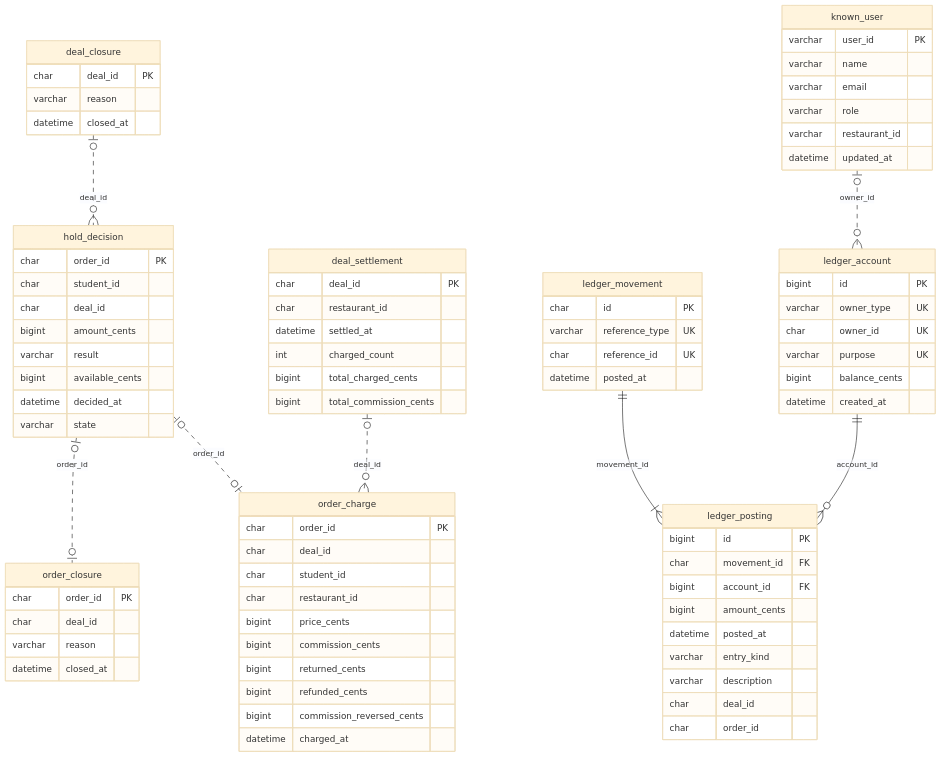
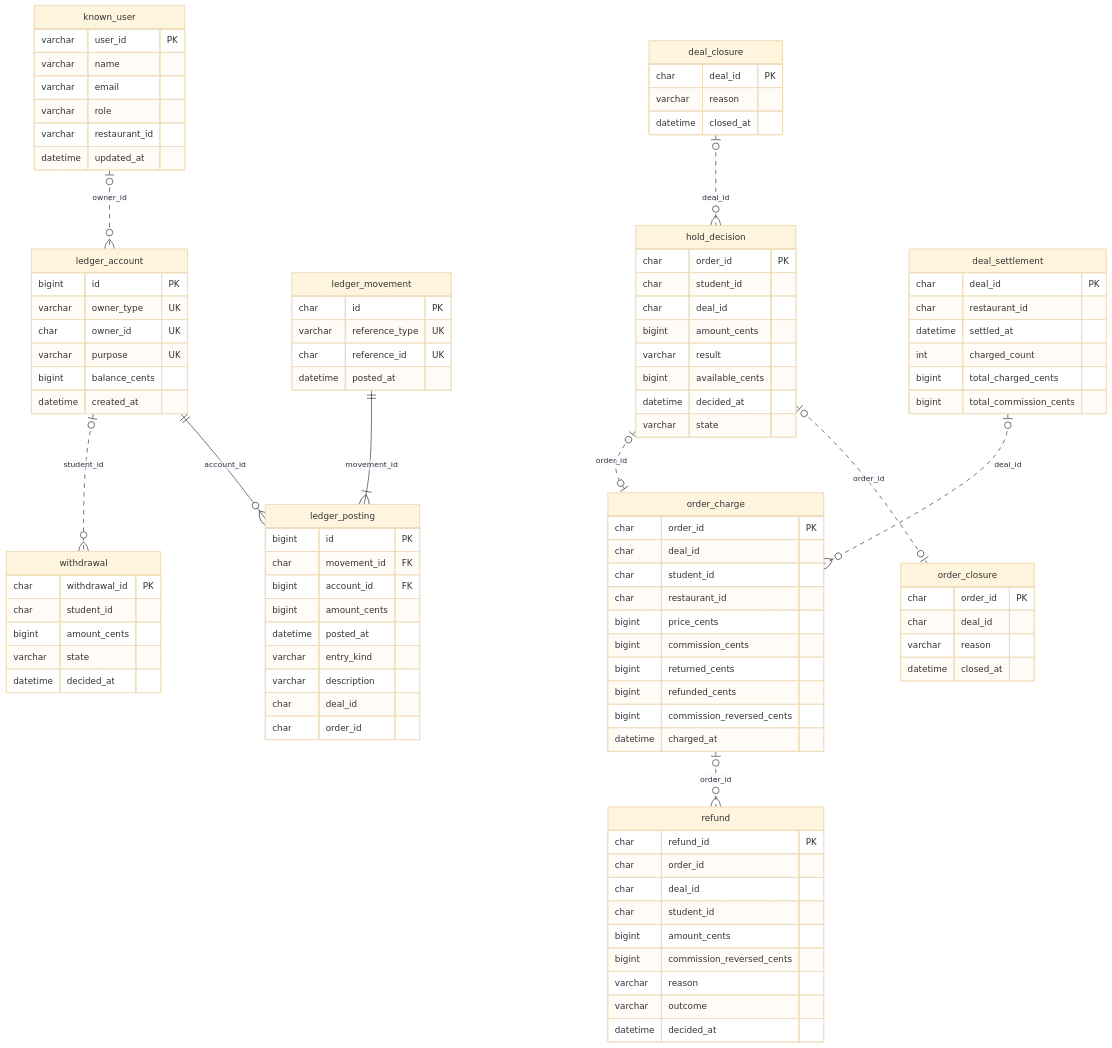
Before and after one commit to BaguetteJet/CSIS-Hackathon-2026: the first of 2 diagrams in docs/SCHEMA.md, drawn with Mermaid (base theme). The commit also changed other lines of this file and 9 other files, not shown here.

Commit message:
docs: CHECKLIST.md against the brief; checkpoint-2 is 13e63ea; schema, edge cases and owners current

````diff
--- a/docs/SCHEMA.md
+++ b/docs/SCHEMA.md
@@ -225,6 +221,24 @@
         bigint total_charged_cents
         bigint total_commission_cents
     }
+    refund {
+        char refund_id PK
+        char order_id
+        char deal_id
+        char student_id
+        bigint amount_cents
+        bigint commission_reversed_cents
+        varchar reason
+        varchar outcome
+        datetime decided_at
+    }
+    withdrawal {
+        char withdrawal_id PK
+        char student_id
+        bigint amount_cents
+        varchar state
+        datetime decided_at
+    }
     known_user {
         varchar user_id PK
         varchar name
@@ -241,4 +255,6 @@
     hold_decision |o..o| order_charge : order_id
     deal_closure |o..o{ hold_decision : deal_id
     deal_settlement |o..o{ order_charge : deal_id
+    order_charge |o..o{ refund : order_id
+    ledger_account |o..o{ withdrawal : student_id
 ```
````
